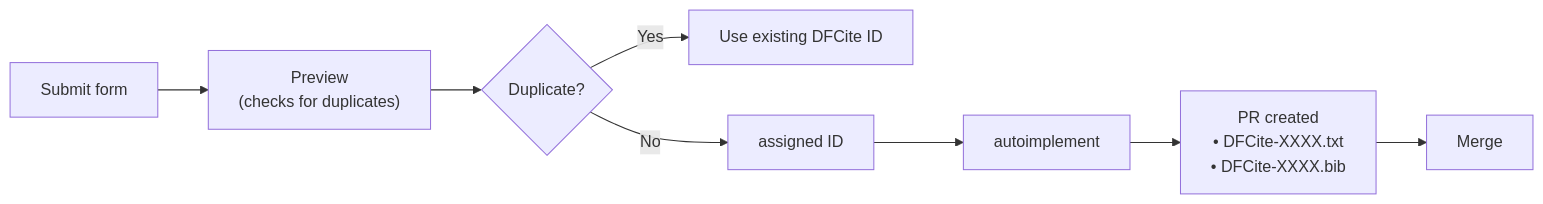
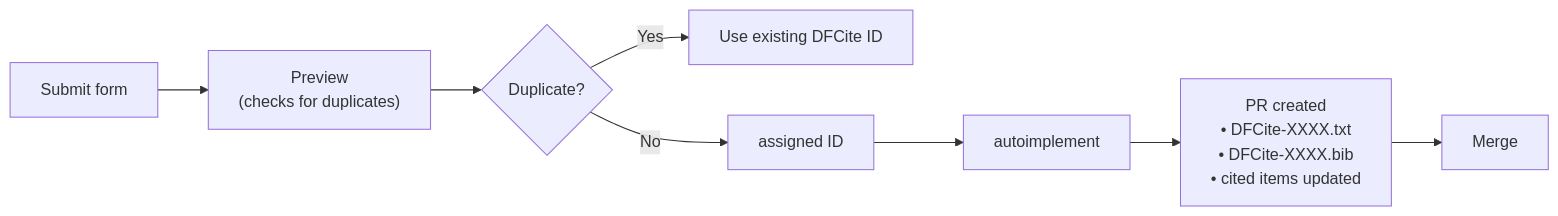
Before and after one commit to SOLVE-IT-DF/solve-it: the seventh of 9 diagrams in CONTRIBUTOR_GUIDE.md, drawn with Mermaid. The commit also changed other lines of this file and 7 other files, not shown here.

````diff
--- a/CONTRIBUTOR_GUIDE.md
+++ b/CONTRIBUTOR_GUIDE.md
@@ -357,10 +358,10 @@
 ```mermaid
 flowchart LR
     A[Submit form] --> B["Preview<br/>(checks for duplicates)"]
     B --> C{Duplicate?}
     C -->|Yes| D[Use existing DFCite ID]
     C -->|No| E[assigned ID]
     E --> F[autoimplement]
-    F --> G["PR created<br/>• DFCite-XXXX.txt<br/>• DFCite-XXXX.bib"]
+    F --> G["PR created<br/>• DFCite-XXXX.txt<br/>• DFCite-XXXX.bib<br/>• cited items updated"]
     G --> H[Merge]
 ```
````
